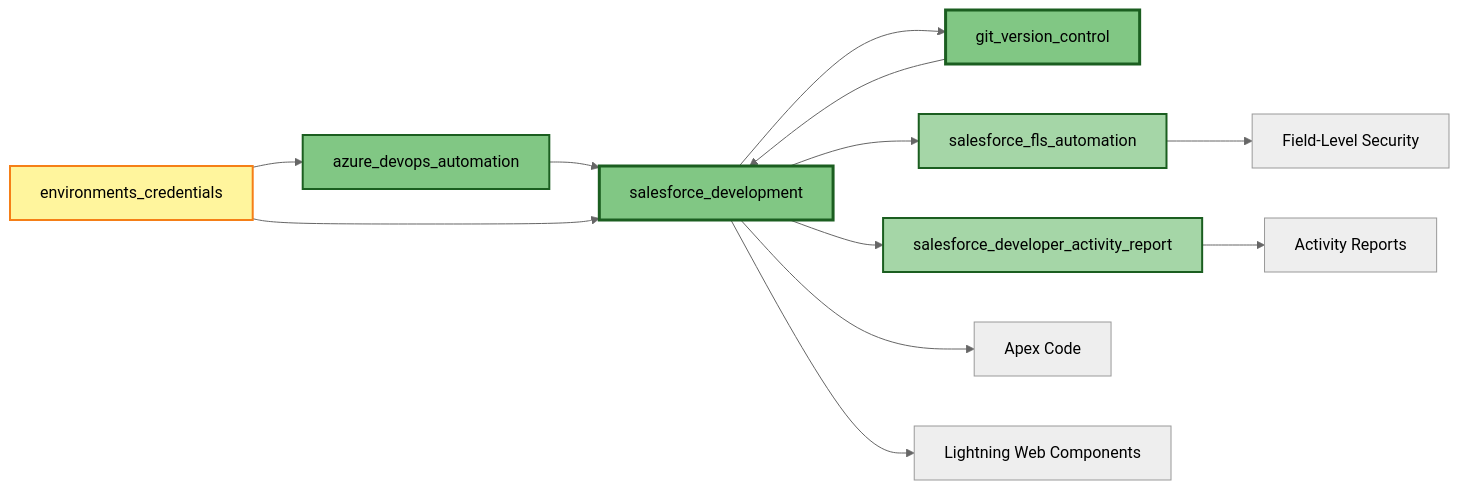
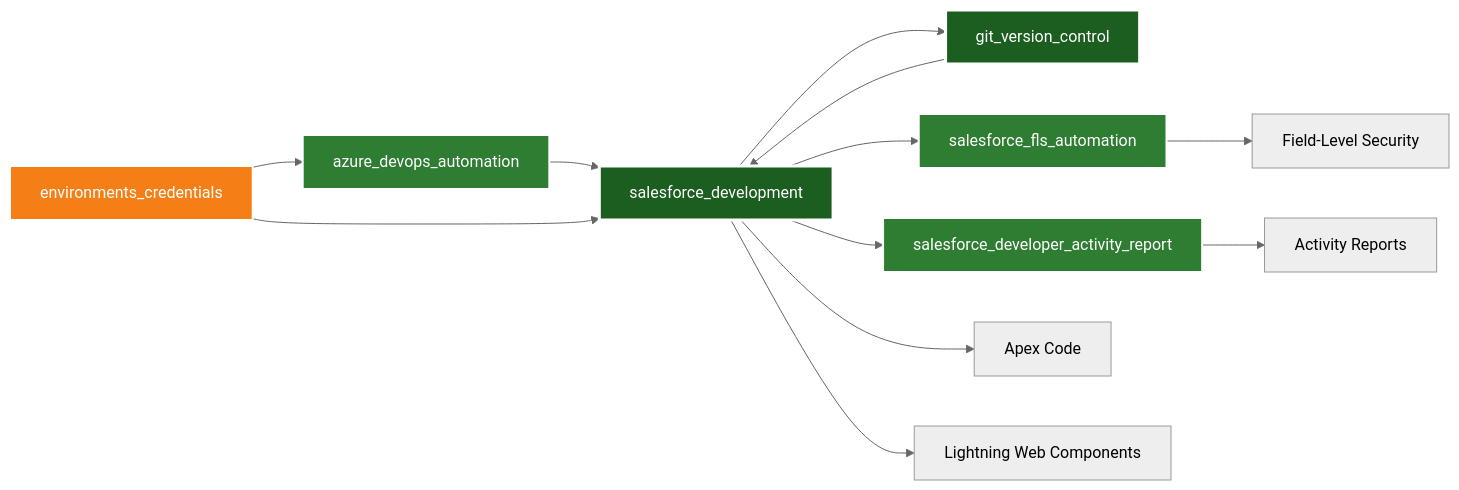
Before and after one commit to adourish/skills: the fourth of 6 diagrams in README.md, drawn with Mermaid (neutral theme). The commit also changed other lines of this file and 5 other files, not shown here.

````diff
--- a/README.md
+++ b/README.md
@@ -231,24 +605,24 @@
 ```mermaid
 graph LR
     ADO[azure_devops_automation] --> SF[salesforce_development]
     SF --> GIT[git_version_control]
     GIT --> SF
     
     SF --> FLS[salesforce_fls_automation]
     SF --> ACT[salesforce_developer_activity_report]
     
     EC[environments_credentials] --> SF
     EC --> ADO
     
     SF --> APEX[Apex Code]
     SF --> LWC[Lightning Web Components]
     FLS --> SECURITY[Field-Level Security]
     ACT --> REPORTS[Activity Reports]
     
-    style SF fill:#81c784,stroke:#1b5e20,stroke-width:3px
-    style GIT fill:#81c784,stroke:#1b5e20,stroke-width:3px
-    style ADO fill:#81c784,stroke:#1b5e20,stroke-width:2px
-    style FLS fill:#a5d6a7,stroke:#1b5e20,stroke-width:2px
-    style ACT fill:#a5d6a7,stroke:#1b5e20,stroke-width:2px
-    style EC fill:#fff59d,stroke:#f57f17,stroke-width:2px
+    style SF fill:#1b5e20,stroke:#ffffff,stroke-width:3px,color:#ffffff
+    style GIT fill:#1b5e20,stroke:#ffffff,stroke-width:3px,color:#ffffff
+    style ADO fill:#2e7d32,stroke:#ffffff,stroke-width:2px,color:#ffffff
+    style FLS fill:#2e7d32,stroke:#ffffff,stroke-width:2px,color:#ffffff
+    style ACT fill:#2e7d32,stroke:#ffffff,stroke-width:2px,color:#ffffff
+    style EC fill:#f57f17,stroke:#ffffff,stroke-width:2px,color:#ffffff
 ```
````
